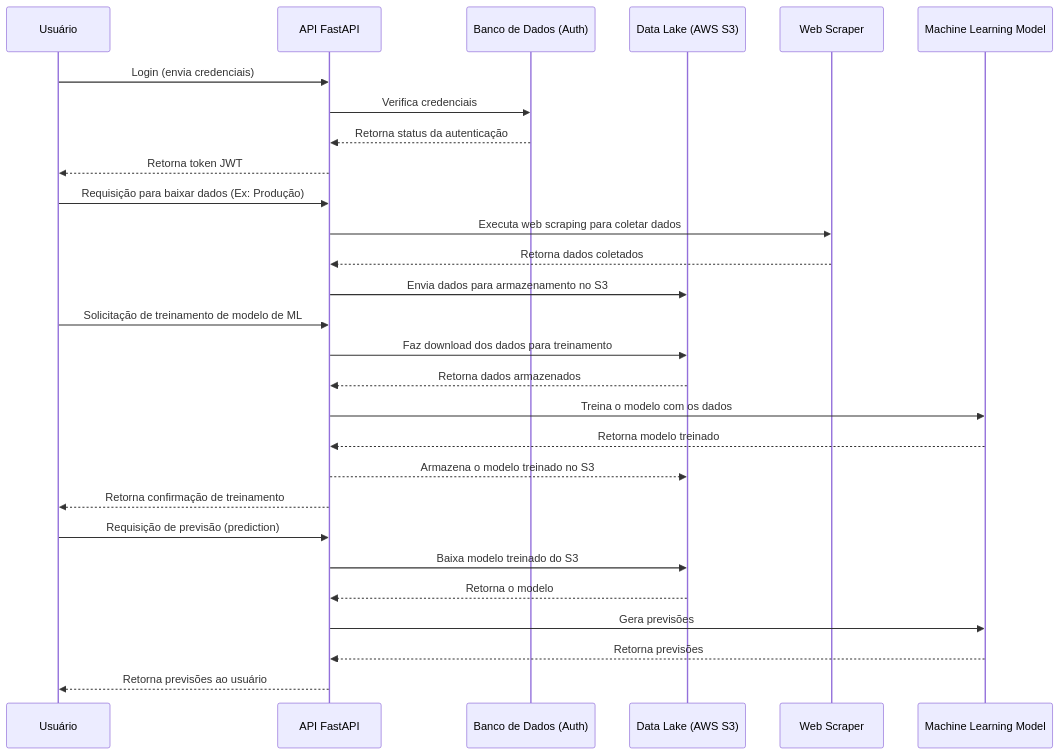
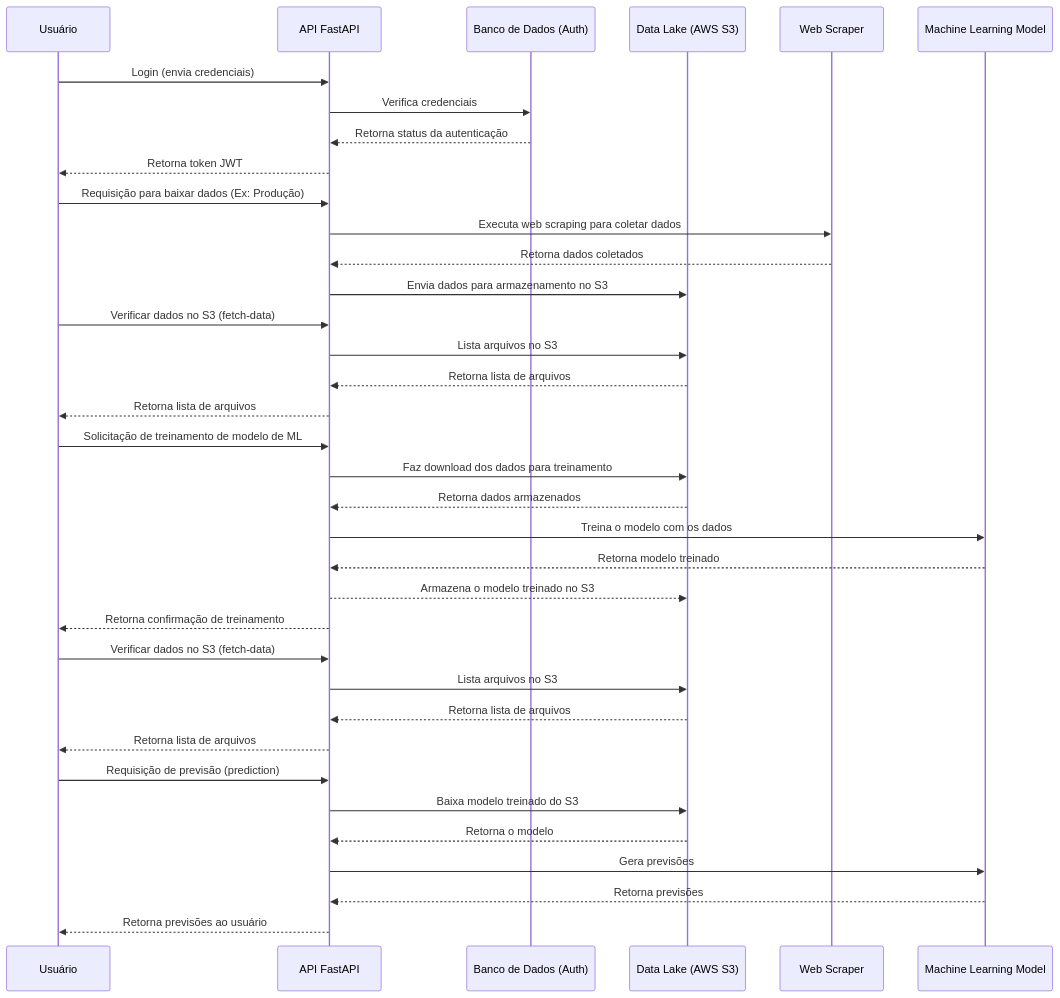
Before and after one commit to Renatmf5/API-FastApi-WebScraping: the fourth of 4 diagrams in README.md, drawn with Mermaid. The commit also changed other lines of this file, not shown here.

Commit message:
Documentação da FastApi Inclusão de diagramas par a parte de autenticação e autorização

````diff
--- a/README.md
+++ b/README.md
@@ -412,34 +419,44 @@
 ```mermaid
 sequenceDiagram
     participant User as Usuário
     participant API as API FastAPI
     participant AuthDB as Banco de Dados (Auth)
     participant S3 as Data Lake (AWS S3)
     participant Scraper as Web Scraper
     participant ML as Machine Learning Model
 
     User->>API: Login (envia credenciais)
     API->>AuthDB: Verifica credenciais
     AuthDB-->>API: Retorna status da autenticação
     API-->>User: Retorna token JWT
 
     User->>API: Requisição para baixar dados (Ex: Produção)
     API->>Scraper: Executa web scraping para coletar dados
     Scraper-->>API: Retorna dados coletados
     API->>S3: Envia dados para armazenamento no S3
 
+    User->>API: Verificar dados no S3 (fetch-data)
+    API->>S3: Lista arquivos no S3
+    S3-->>API: Retorna lista de arquivos
+    API-->>User: Retorna lista de arquivos
+
     User->>API: Solicitação de treinamento de modelo de ML
     API->>S3: Faz download dos dados para treinamento
     S3-->>API: Retorna dados armazenados
     API->>ML: Treina o modelo com os dados
     ML-->>API: Retorna modelo treinado
     API-->>S3: Armazena o modelo treinado no S3
     API-->>User: Retorna confirmação de treinamento
 
+    User->>API: Verificar dados no S3 (fetch-data)
+    API->>S3: Lista arquivos no S3
+    S3-->>API: Retorna lista de arquivos
+    API-->>User: Retorna lista de arquivos
+
     User->>API: Requisição de previsão (prediction)
     API->>S3: Baixa modelo treinado do S3
     S3-->>API: Retorna o modelo
     API->>ML: Gera previsões
     ML-->>API: Retorna previsões
     API-->>User: Retorna previsões ao usuário
 ```
````
